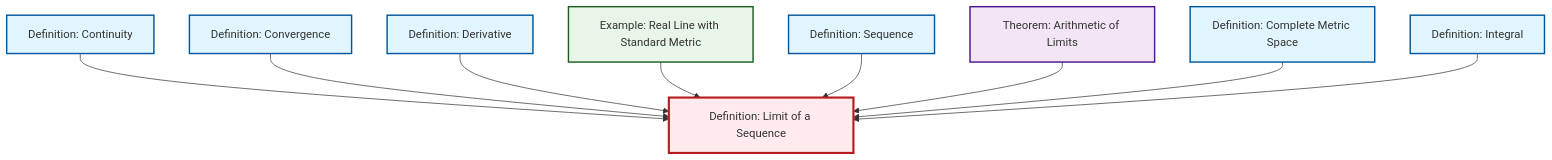
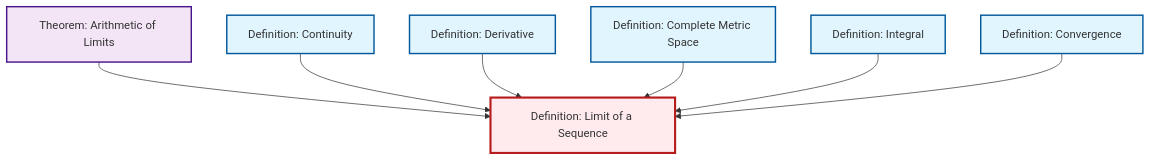
One commit to RK0429/ModernMath changed the diagram in content/en/analysis/def-limit.qmd. Above: the diagram before and after it, drawn with Mermaid. The commit also changed 511 other files, not shown here.

````diff
--- a/content/en/analysis/def-limit.qmd
+++ b/content/en/analysis/def-limit.qmd
@@ -48,36 +48,23 @@
 ```{mermaid}
 %%| fig-cap: "Local dependency graph"
 graph TD
     classDef definition fill:#e1f5fe,stroke:#01579b,stroke-width:2px
     classDef theorem fill:#f3e5f5,stroke:#4a148c,stroke-width:2px
     classDef axiom fill:#fff3e0,stroke:#e65100,stroke-width:2px
     classDef example fill:#e8f5e9,stroke:#1b5e20,stroke-width:2px
     classDef current fill:#ffebee,stroke:#b71c1c,stroke-width:3px
+    def-convergence["Definition: Convergence"]:::definition
+    def-limit["Definition: Limit of a Sequence"]:::definition
+    def-integral["Definition: Integral"]:::definition
     def-continuity["Definition: Continuity"]:::definition
-    def-limit["Definition: Limit of a Sequence"]:::definition
     def-complete-metric-space["Definition: Complete Metric Space"]:::definition
-    ex-real-line-metric["Example: Real Line with Standard Metric"]:::example
-    def-sequence["Definition: Sequence"]:::definition
     thm-limit-arithmetic["Theorem: Arithmetic of Limits"]:::theorem
-    def-convergence["Definition: Convergence"]:::definition
     def-derivative["Definition: Derivative"]:::definition
-    def-integral["Definition: Integral"]:::definition
+    thm-limit-arithmetic --> def-limit
     def-continuity --> def-limit
-    def-convergence --> def-limit
     def-derivative --> def-limit
-    ex-real-line-metric --> def-limit
-    def-sequence --> def-limit
-    thm-limit-arithmetic --> def-limit
     def-complete-metric-space --> def-limit
     def-integral --> def-limit
+    def-convergence --> def-limit
     class def-limit current
-
-    click def-continuity "def-continuity.html" "Go to Continuity definition"
-    click def-complete-metric-space "def-complete-metric-space.html" "Go to Complete Metric Space definition"
-    click ex-real-line-metric "ex-real-line-metric.html" "Go to Real Line with Standard Metric example"
-    click def-sequence "def-sequence.html" "Go to Sequence definition"
-    click thm-limit-arithmetic "thm-limit-arithmetic.html" "Go to Arithmetic of Limits theorem"
-    click def-convergence "def-convergence.html" "Go to Convergence definition"
-    click def-derivative "def-derivative.html" "Go to Derivative definition"
-    click def-integral "def-integral.html" "Go to Integral definition"
 ```
````
